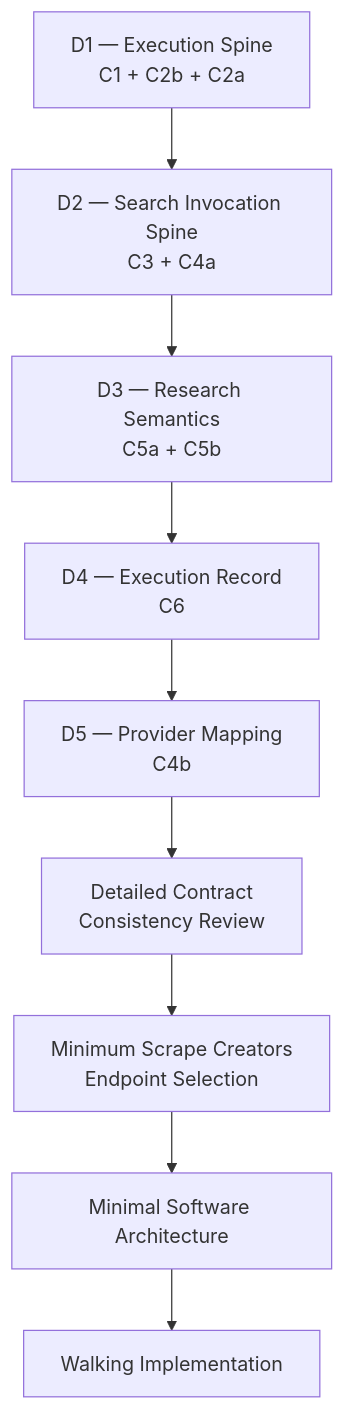
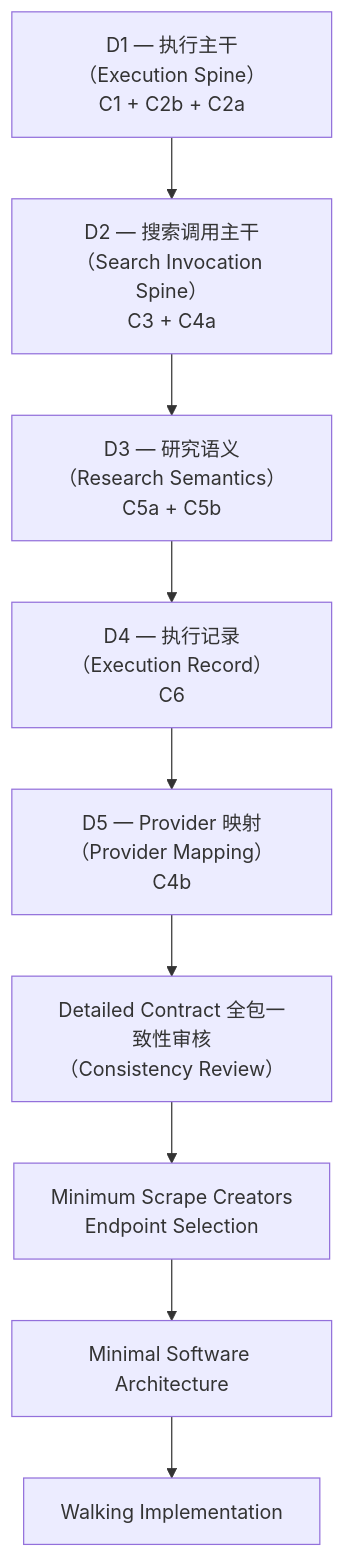
Before and after one commit to SONG-36/ecommerce-ai-os: the first of 2 diagrams in docs/02_system/vertical_slices/01_research_execution/contracts/00_CONTRACT_DESIGN_INDEX.md, drawn with Mermaid. The commit also changed other lines of this file and 6 other files, not shown here.

Commit message:
docs: localize research contract package for chinese readability

````diff
--- a/docs/02_system/vertical_slices/01_research_execution/contracts/00_CONTRACT_DESIGN_INDEX.md
+++ b/docs/02_system/vertical_slices/01_research_execution/contracts/00_CONTRACT_DESIGN_INDEX.md
@@ -374,30 +374,30 @@
 ```mermaid
 flowchart TD
 
-    D1["D1 — Execution Spine<br/>C1 + C2b + C2a"]
+    D1["D1 — 执行主干（Execution Spine）<br/>C1 + C2b + C2a"]
 
-    D2["D2 — Search Invocation Spine<br/>C3 + C4a"]
+    D2["D2 — 搜索调用主干（Search Invocation Spine）<br/>C3 + C4a"]
 
-    D3["D3 — Research Semantics<br/>C5a + C5b"]
+    D3["D3 — 研究语义（Research Semantics）<br/>C5a + C5b"]
 
-    D4["D4 — Execution Record<br/>C6"]
+    D4["D4 — 执行记录（Execution Record）<br/>C6"]
 
-    D5["D5 — Provider Mapping<br/>C4b"]
+    D5["D5 — Provider 映射（Provider Mapping）<br/>C4b"]
 
-    REVIEW["Detailed Contract<br/>Consistency Review"]
+    REVIEW["Detailed Contract 全包一致性审核<br/>（Consistency Review）"]
 
     ENDPOINTS["Minimum Scrape Creators<br/>Endpoint Selection"]
 
     SW["Minimal Software Architecture"]
 
     WALK["Walking Implementation"]
 
     D1 --> D2
     D2 --> D3
     D3 --> D4
     D4 --> D5
     D5 --> REVIEW
     REVIEW --> ENDPOINTS
     ENDPOINTS --> SW
     SW --> WALK
 ```
````
